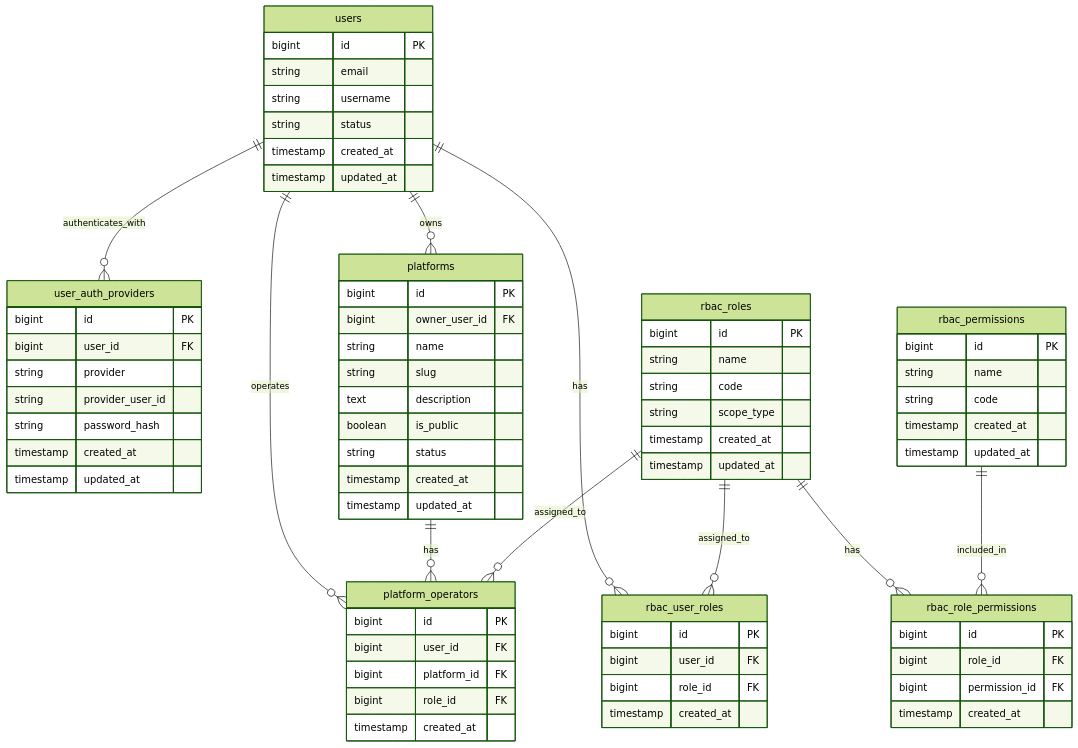
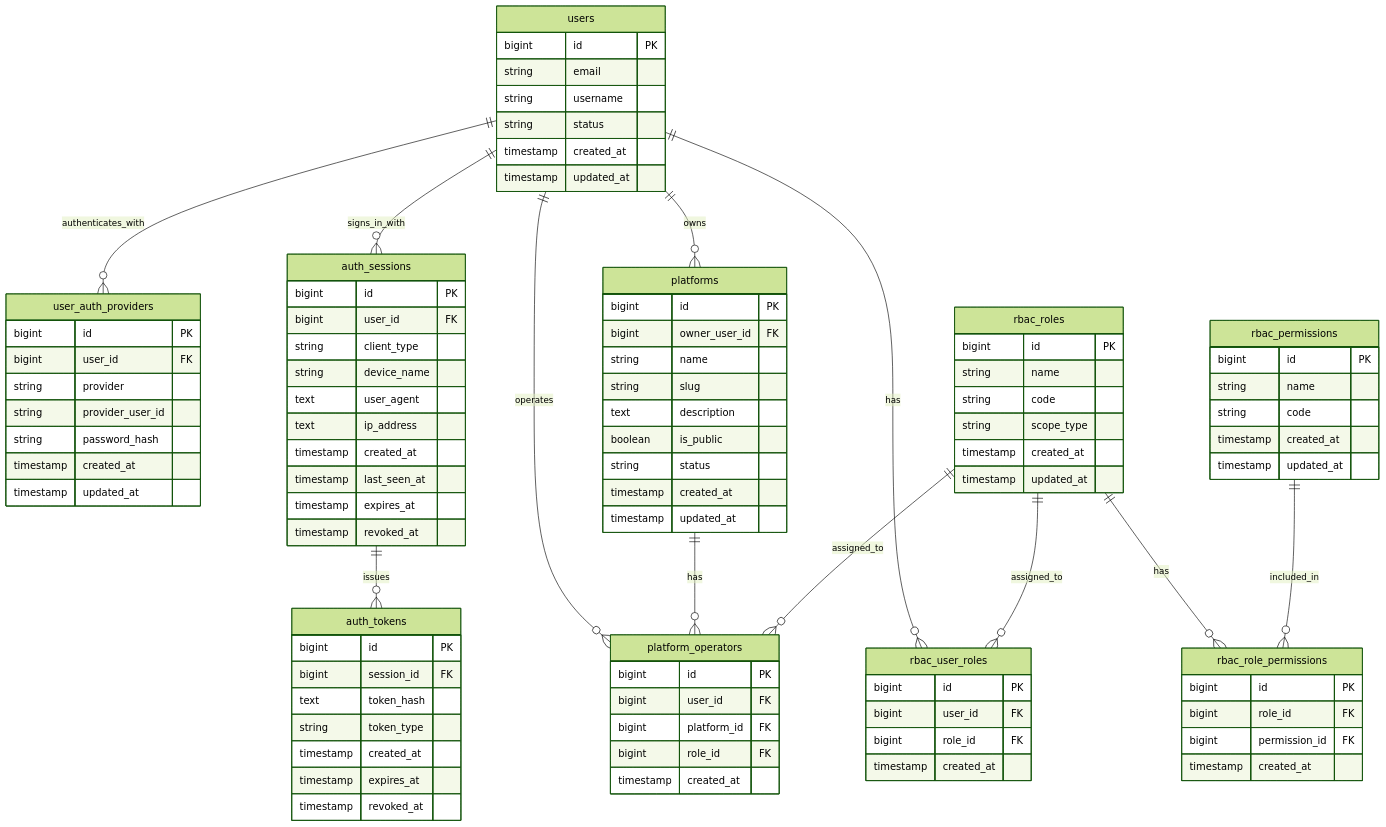
One commit to wardhana-org/ekstra changed the diagram in docs/database/table.md. Above: the diagram before and after it, drawn with Mermaid (forest theme).

Commit message:
update: added auth session and auth token tablein docs to plan for auth system creation

```diff
--- a/docs/database/table.md
+++ b/docs/database/table.md
@@ -19,6 +19,29 @@
         string password_hash
         timestamp created_at
         timestamp updated_at
+    }
+
+    auth_sessions {
+        bigint id PK
+        bigint user_id FK
+        string client_type
+        string device_name
+        text user_agent
+        text ip_address
+        timestamp created_at
+        timestamp last_seen_at
+        timestamp expires_at
+        timestamp revoked_at
+    }
+
+    auth_tokens {
+        bigint id PK
+        bigint session_id FK
+        text token_hash
+        string token_type
+        timestamp created_at
+        timestamp expires_at
+        timestamp revoked_at
     }
 
     platforms {
@@ -73,9 +96,12 @@
     }
 
     users ||--o{ user_auth_providers : authenticates_with
+    users ||--o{ auth_sessions : signs_in_with
     users ||--o{ platforms : owns
     users ||--o{ rbac_user_roles : has
     users ||--o{ platform_operators : operates
+
+    auth_sessions ||--o{ auth_tokens : issues
 
     platforms ||--o{ platform_operators : has
 
```
